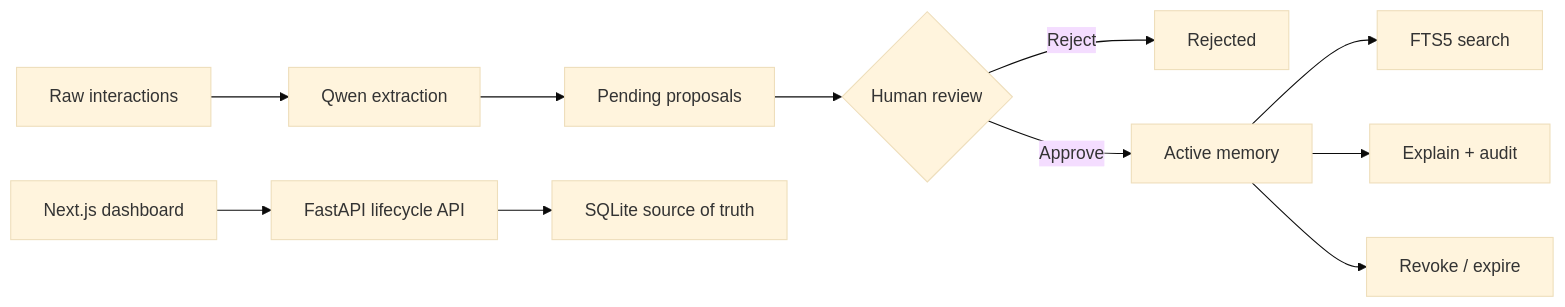
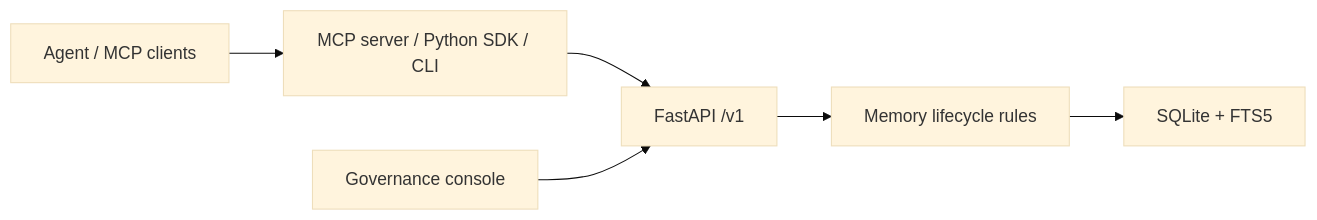
The diagram in README.md (unnoderes/MemoryNode), drawn with Mermaid (base theme) before and after one commit. The commit also changed other lines of this file and 9 other files, not shown here.

````diff
--- a/README.md
+++ b/README.md
@@ -63,14 +129,8 @@
 ```mermaid
 flowchart LR
-    R["Raw interactions"] --> Q["Qwen extraction"]
-    Q --> P["Pending proposals"]
-    P --> H{"Human review"}
-    H -->|Reject| X["Rejected"]
-    H -->|Approve| M["Active memory"]
-    M --> S["FTS5 search"]
-    M --> E["Explain + audit"]
-    M --> V["Revoke / expire"]
-
-    UI["Next.js dashboard"] --> API["FastAPI lifecycle API"]
-    API --> DB["SQLite source of truth"]
+    A["Agent / MCP clients"] --> B["MCP server / Python SDK / CLI"]
+    B --> C["FastAPI /v1"]
+    U["Governance console"] --> C
+    C --> D["Memory lifecycle rules"]
+    D --> E["SQLite + FTS5"]
 ```
````
